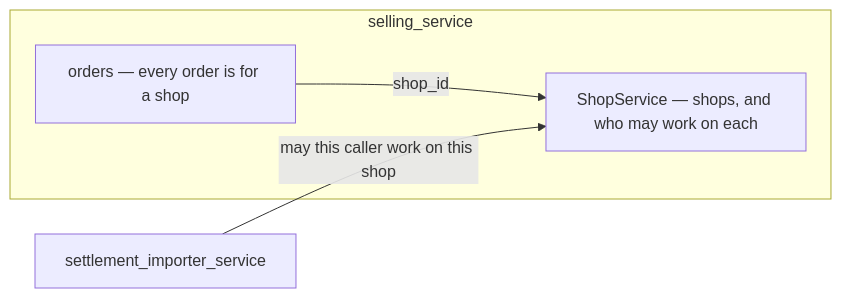
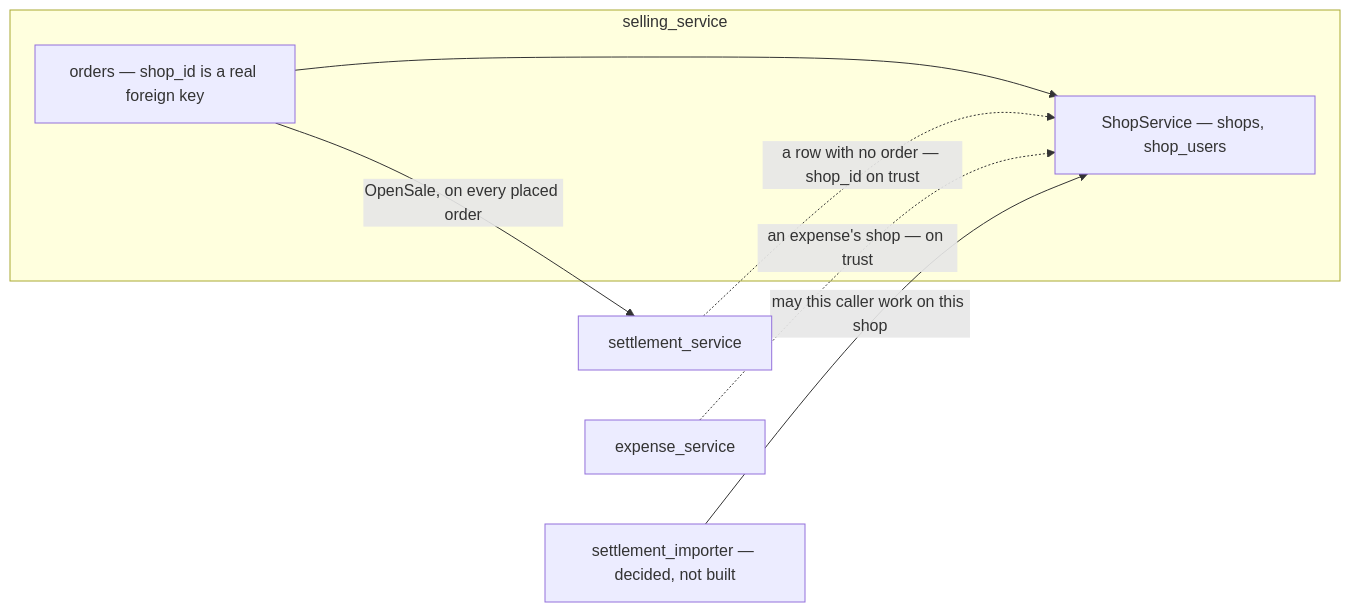
One commit to pdcgo/warehouse_revamp changed the first of 5 diagrams in docs/business/shop/context_clarify.md. Above: the diagram before and after it, drawn with Mermaid. The commit also changed other lines of this file and 4 other files, not shown here.

First line of the commit message:
shop: second pass on the shop doc - close not delete, fixed marketplace, platform name

````diff
--- a/docs/business/shop/context_clarify.md
+++ b/docs/business/shop/context_clarify.md
@@ -24,9 +36,12 @@
 ```mermaid
 flowchart LR
   subgraph "selling_service"
-    SS["ShopService — shops, and who may work on each"]
-    O["orders — every order is for a shop"]
+    SS["ShopService — shops, shop_users"]
+    O["orders — shop_id is a real foreign key"]
   end
-  O -->|"shop_id"| SS
-  I["settlement_importer_service"] -->|"may this caller work on this shop"| SS
+  O --> SS
+  O -->|"OpenSale, on every placed order"| SE["settlement_service"]
+  SE -.->|"a row with no order — shop_id on trust"| SS
+  EX["expense_service"] -.->|"an expense's shop — on trust"| SS
+  I["settlement_importer — decided, not built"] -->|"may this caller work on this shop"| SS
 ```
````
